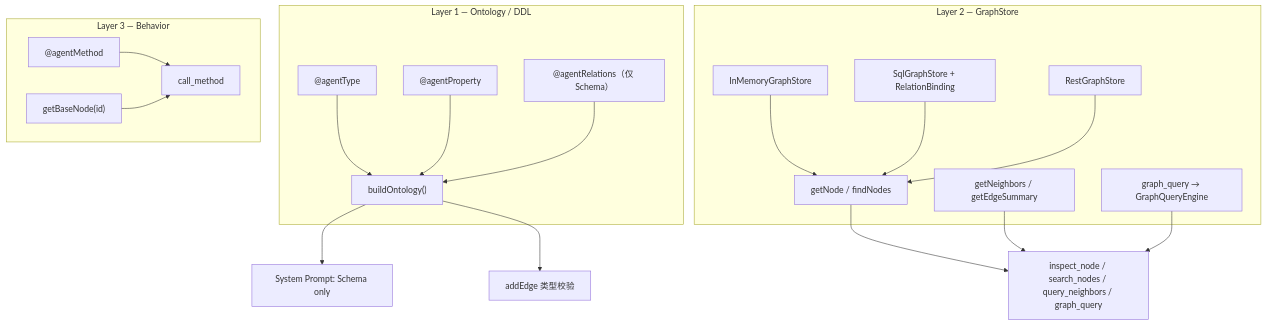
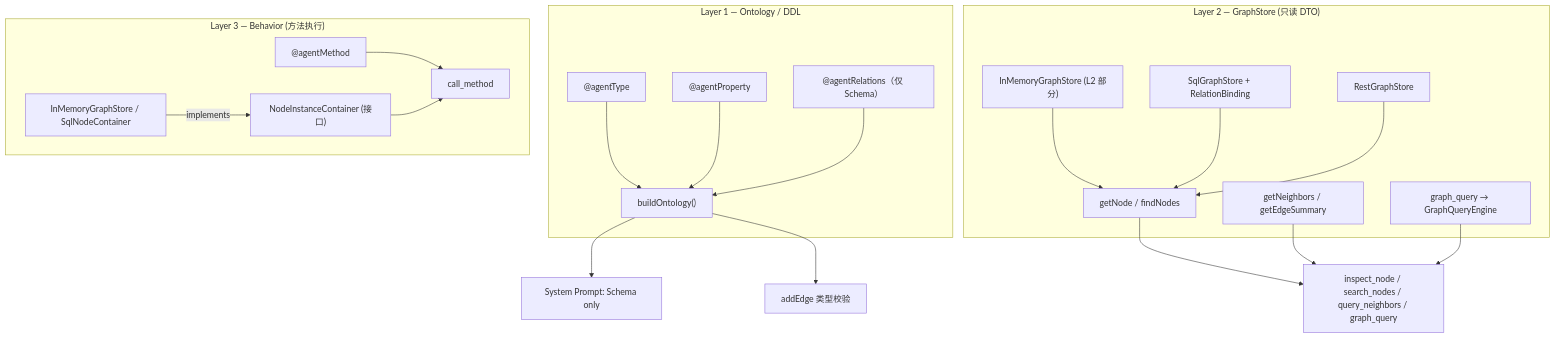
Before and after one commit to cometwk/adk-demo: the diagram in ts/agent/docs/design/1-graph-layers.md, drawn with Mermaid. The commit also changed other lines of this file and 19 other files, not shown here.

````diff
--- a/ts/agent/docs/design/1-graph-layers.md
+++ b/ts/agent/docs/design/1-graph-layers.md
@@ -58,40 +58,42 @@
 ```mermaid
 flowchart TB
   subgraph L1["Layer 1 — Ontology / DDL"]
     AT["@agentType"]
     AP["@agentProperty"]
     AR["@agentRelations（仅 Schema）"]
     BO["buildOntology()"]
   end
 
-  subgraph L2["Layer 2 — GraphStore"]
+  subgraph L2["Layer 2 — GraphStore (只读 DTO)"]
     GN["getNode / findNodes"]
     GB["getNeighbors / getEdgeSummary"]
     GQ["graph_query → GraphQueryEngine"]
-    IM["InMemoryGraphStore"]
+    IM["InMemoryGraphStore (L2 部分)"]
     SQL["SqlGraphStore + RelationBinding"]
     REST["RestGraphStore"]
   end
 
-  subgraph L3["Layer 3 — Behavior"]
+  subgraph L3["Layer 3 — Behavior (方法执行)"]
     AM["@agentMethod"]
     CM["call_method"]
-    BN["getBaseNode(id)"]
+    NIC["NodeInstanceContainer (接口)"]
+    MC["InMemoryGraphStore / SqlNodeContainer"]
   end
 
   AT --> BO
   AP --> BO
   AR --> BO
   BO --> Prompt["System Prompt: Schema only"]
   BO --> Validate["addEdge 类型校验"]
 
   IM --> GN
   SQL --> GN
   REST --> GN
-  GN --> Tools["inspect_node / search_nodes / query_neighbors / graph_query"]
-  GB --> Tools
-  GQ --> Tools
+  GN --> L2Tools["inspect_node / search_nodes / query_neighbors / graph_query"]
+  GB --> L2Tools
+  GQ --> L2Tools
 
   AM --> CM
-  BN --> CM
+  NIC --> CM
+  MC -- "implements" --> NIC
 ```
````
